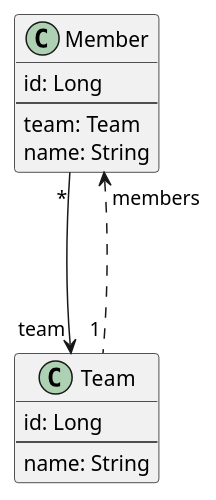
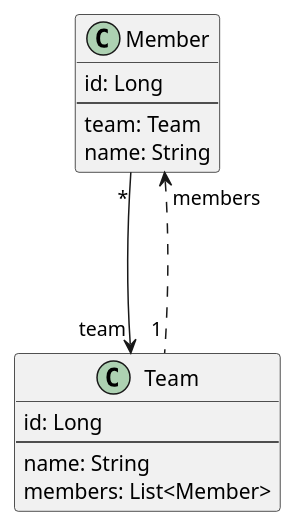
The diagram in diagrams/06-many-to-one-bidirection.puml (lcalmsky/jpa), drawn with PlantUML before and after one commit. The commit also changed 3 other files, not shown here.

Commit message:
Update diagrams

```diff
--- a/diagrams/06-many-to-one-bidirection.puml
+++ b/diagrams/06-many-to-one-bidirection.puml
@@ -1,19 +1,20 @@
 @startuml
 
 class Member {
   id: Long
   --
   team: Team
   name: String
 }
 
 class Team {
   id: Long
   --
   name: String
+  members: List<Member>
 }
 
 Member "*" --d-> "team" Team
 Team "1 " .u.> "members" Member
 
 @enduml
```
